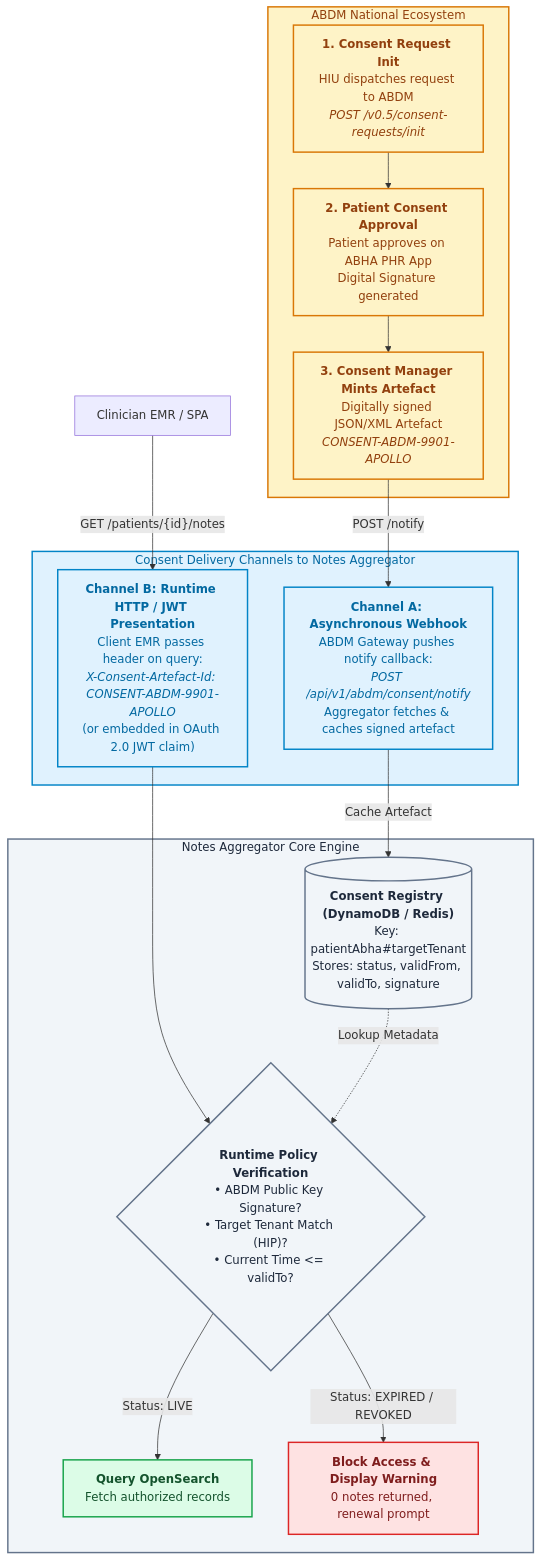
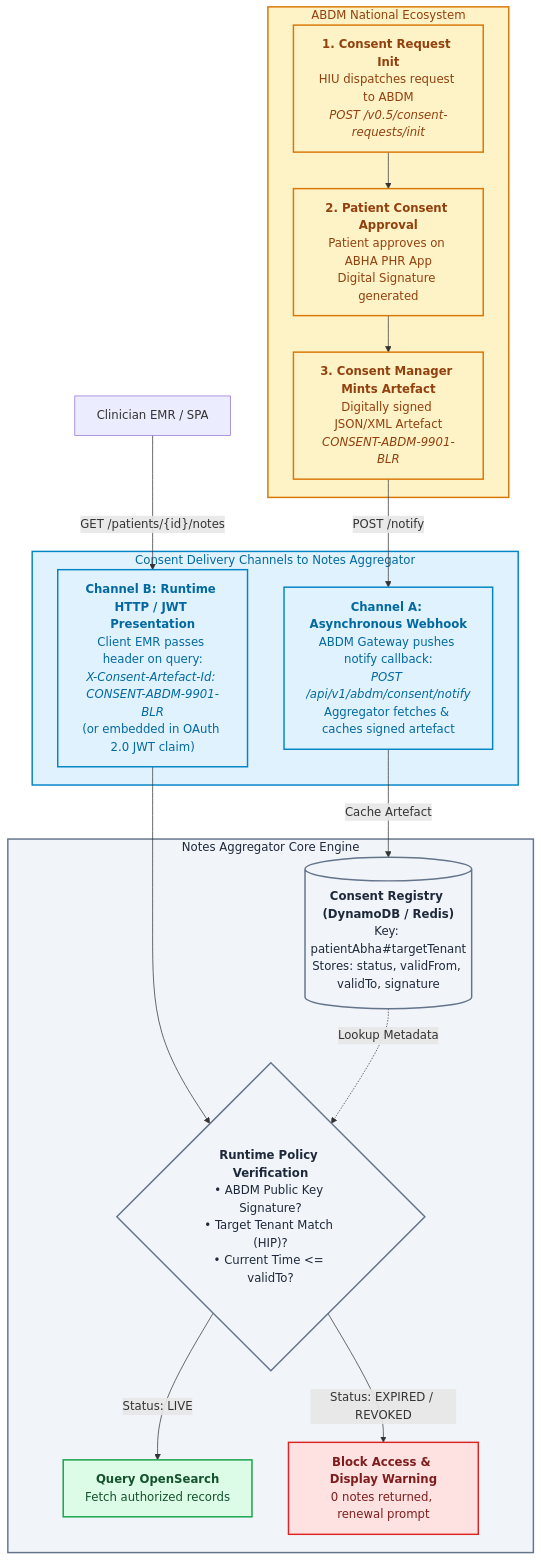
The diagram in design/abdm-consent-and-cross-tenant-guide.md (dhananjaydpatkar/notes_aggregator), drawn with Mermaid before and after one commit. The commit also changed other lines of this file and 4 other files, not shown here.

````diff
--- a/design/abdm-consent-and-cross-tenant-guide.md
+++ b/design/abdm-consent-and-cross-tenant-guide.md
@@ -40,41 +40,41 @@
 ```mermaid
 flowchart TD
     subgraph ABDMGateway["ABDM National Ecosystem"]
         REQ["<b>1. Consent Request Init</b><br/>HIU dispatches request to ABDM<br/><i>POST /v0.5/consent-requests/init</i>"]
         PHR["<b>2. Patient Consent Approval</b><br/>Patient approves on ABHA PHR App<br/>Digital Signature generated"]
-        CM["<b>3. Consent Manager Mints Artefact</b><br/>Digitally signed JSON/XML Artefact<br/><i>CONSENT-ABDM-9901-APOLLO</i>"]
+        CM["<b>3. Consent Manager Mints Artefact</b><br/>Digitally signed JSON/XML Artefact<br/><i>CONSENT-ABDM-9901-BLR</i>"]
         REQ --> PHR --> CM
     end
 
     subgraph ConsentDelivery["Consent Delivery Channels to Notes Aggregator"]
         WH["<b>Channel A: Asynchronous Webhook</b><br/>ABDM Gateway pushes notify callback:<br/><i>POST /api/v1/abdm/consent/notify</i><br/>Aggregator fetches & caches signed artefact"]
-        HDR["<b>Channel B: Runtime HTTP / JWT Presentation</b><br/>Client EMR passes header on query:<br/><i>X-Consent-Artefact-Id: CONSENT-ABDM-9901-APOLLO</i><br/>(or embedded in OAuth 2.0 JWT claim)"]
+        HDR["<b>Channel B: Runtime HTTP / JWT Presentation</b><br/>Client EMR passes header on query:<br/><i>X-Consent-Artefact-Id: CONSENT-ABDM-9901-BLR</i><br/>(or embedded in OAuth 2.0 JWT claim)"]
     end
 
     subgraph NotesAggregator["Notes Aggregator Core Engine"]
         REG[("<b>Consent Registry (DynamoDB / Redis)</b><br/>Key: patientAbha#targetTenant<br/>Stores: status, validFrom, validTo, signature")]
         VERIFY{"<b>Runtime Policy Verification</b><br/>• ABDM Public Key Signature?<br/>• Target Tenant Match (HIP)?<br/>• Current Time &lt;= validTo?"}
         ALLOW["<b>Query OpenSearch</b><br/>Fetch authorized records"]
         DENY["<b>Block Access & Display Warning</b><br/>0 notes returned, renewal prompt"]
     end
 
     CM -->|"POST /notify"| WH
     WH -->|"Cache Artefact"| REG
     Clinician["Clinician EMR / SPA"] -->|"GET /patients/{id}/notes"| HDR
     HDR --> VERIFY
     REG -.->|"Lookup Metadata"| VERIFY
     VERIFY -->|"Status: LIVE"| ALLOW
     VERIFY -->|"Status: EXPIRED / REVOKED"| DENY
 
     classDef abdmStyle fill:#fef3c7,stroke:#d97706,stroke-width:2px,color:#92400e;
     classDef chanStyle fill:#e0f2fe,stroke:#0284c7,stroke-width:2px,color:#0369a1;
     classDef engineStyle fill:#f1f5f9,stroke:#64748b,stroke-width:2px,color:#1e293b;
     classDef allowStyle fill:#dcfce7,stroke:#16a34a,stroke-width:2px,color:#14532d;
     classDef denyStyle fill:#fee2e2,stroke:#dc2626,stroke-width:2px,color:#7f1d1d;
 
     class ABDMGateway,REQ,PHR,CM abdmStyle;
     class ConsentDelivery,WH,HDR chanStyle;
     class NotesAggregator,REG,VERIFY engineStyle;
     class ALLOW allowStyle;
     class DENY denyStyle;
 ```
````
